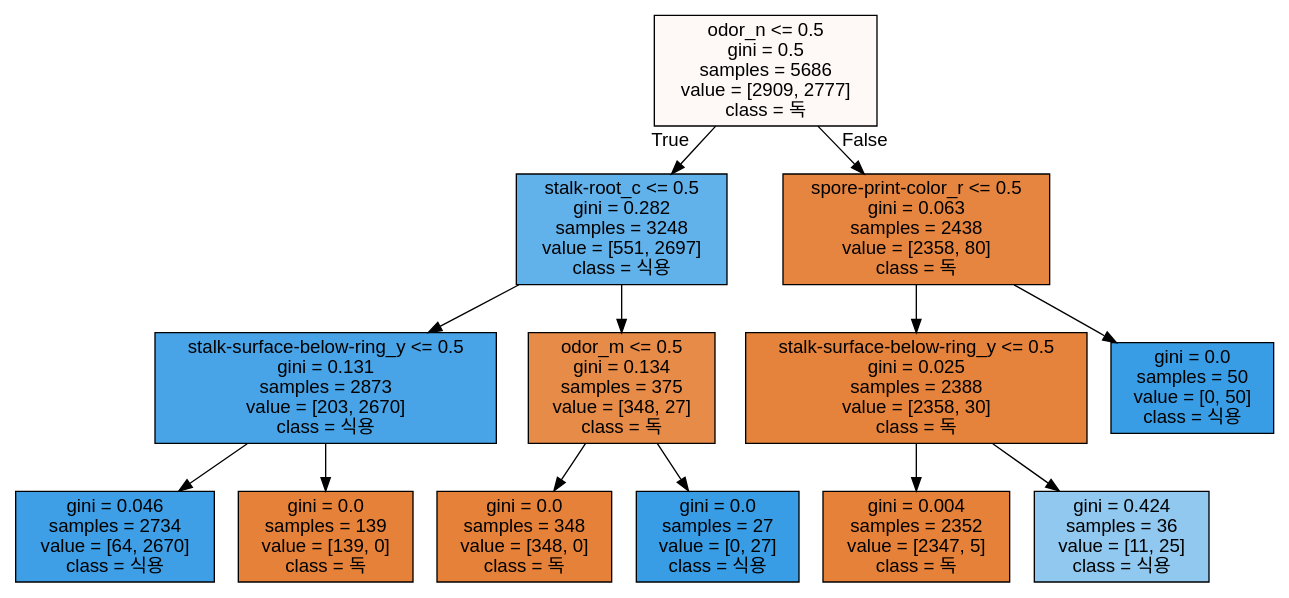
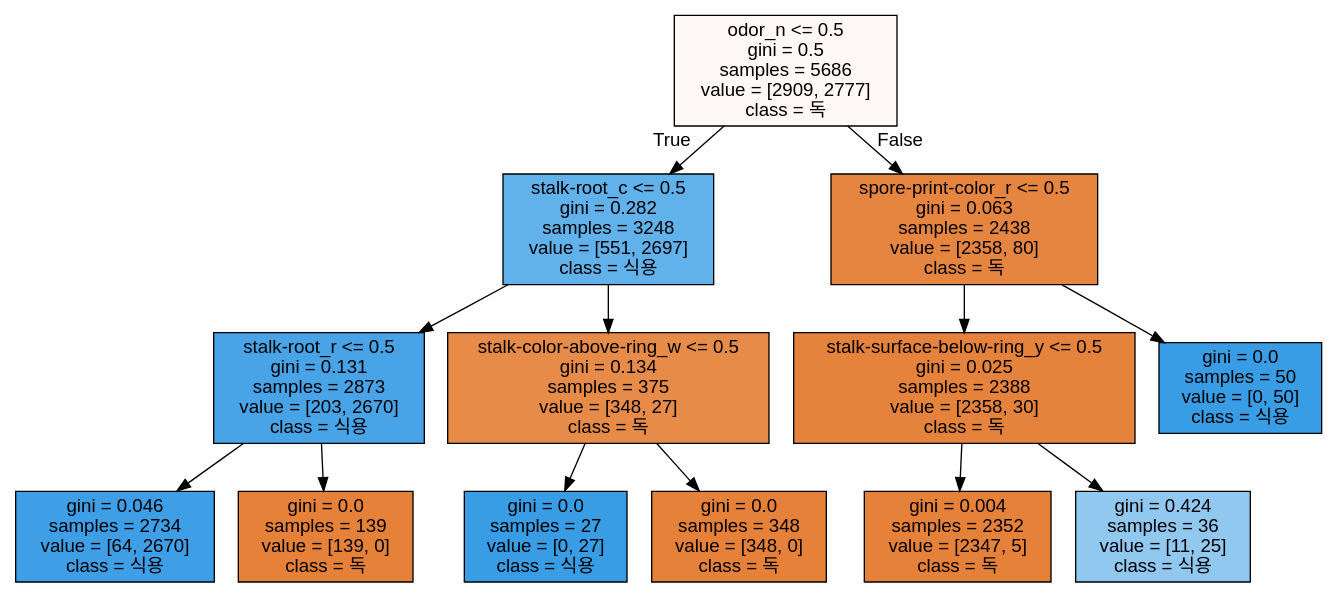
One commit to yoonjae97/bigdata_service_developer_class changed the diagram in ml/tree02.dot. Above: the diagram before and after it, drawn with Graphviz. The commit also changed 8 other files, not shown here.

```diff
--- a/ml/tree02.dot
+++ b/ml/tree02.dot
@@ -1,29 +1,29 @@
 digraph Tree {
 node [shape=box, style="filled", color="black", fontname="helvetica"] ;
 edge [fontname="helvetica"] ;
 0 [label="odor_n <= 0.5\ngini = 0.5\nsamples = 5686\nvalue = [2909, 2777]\nclass = 독", fillcolor="#fef9f6"] ;
 1 [label="stalk-root_c <= 0.5\ngini = 0.282\nsamples = 3248\nvalue = [551, 2697]\nclass = 식용", fillcolor="#61b1ea"] ;
 0 -> 1 [labeldistance=2.5, labelangle=45, headlabel="True"] ;
-2 [label="stalk-surface-below-ring_y <= 0.5\ngini = 0.131\nsamples = 2873\nvalue = [203, 2670]\nclass = 식용", fillcolor="#48a4e7"] ;
+2 [label="stalk-root_r <= 0.5\ngini = 0.131\nsamples = 2873\nvalue = [203, 2670]\nclass = 식용", fillcolor="#48a4e7"] ;
 1 -> 2 ;
 3 [label="gini = 0.046\nsamples = 2734\nvalue = [64, 2670]\nclass = 식용", fillcolor="#3e9fe6"] ;
 2 -> 3 ;
 4 [label="gini = 0.0\nsamples = 139\nvalue = [139, 0]\nclass = 독", fillcolor="#e58139"] ;
 2 -> 4 ;
-5 [label="odor_m <= 0.5\ngini = 0.134\nsamples = 375\nvalue = [348, 27]\nclass = 독", fillcolor="#e78b48"] ;
+5 [label="stalk-color-above-ring_w <= 0.5\ngini = 0.134\nsamples = 375\nvalue = [348, 27]\nclass = 독", fillcolor="#e78b48"] ;
 1 -> 5 ;
-6 [label="gini = 0.0\nsamples = 348\nvalue = [348, 0]\nclass = 독", fillcolor="#e58139"] ;
+6 [label="gini = 0.0\nsamples = 27\nvalue = [0, 27]\nclass = 식용", fillcolor="#399de5"] ;
 5 -> 6 ;
-7 [label="gini = 0.0\nsamples = 27\nvalue = [0, 27]\nclass = 식용", fillcolor="#399de5"] ;
+7 [label="gini = 0.0\nsamples = 348\nvalue = [348, 0]\nclass = 독", fillcolor="#e58139"] ;
 5 -> 7 ;
 8 [label="spore-print-color_r <= 0.5\ngini = 0.063\nsamples = 2438\nvalue = [2358, 80]\nclass = 독", fillcolor="#e68540"] ;
 0 -> 8 [labeldistance=2.5, labelangle=-45, headlabel="False"] ;
 9 [label="stalk-surface-below-ring_y <= 0.5\ngini = 0.025\nsamples = 2388\nvalue = [2358, 30]\nclass = 독", fillcolor="#e5833c"] ;
 8 -> 9 ;
 10 [label="gini = 0.004\nsamples = 2352\nvalue = [2347, 5]\nclass = 독", fillcolor="#e58139"] ;
 9 -> 10 ;
 11 [label="gini = 0.424\nsamples = 36\nvalue = [11, 25]\nclass = 식용", fillcolor="#90c8f0"] ;
 9 -> 11 ;
 12 [label="gini = 0.0\nsamples = 50\nvalue = [0, 50]\nclass = 식용", fillcolor="#399de5"] ;
 8 -> 12 ;
 }
```
